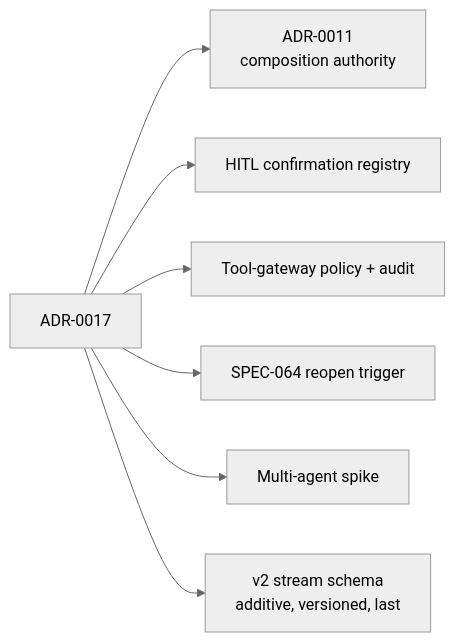
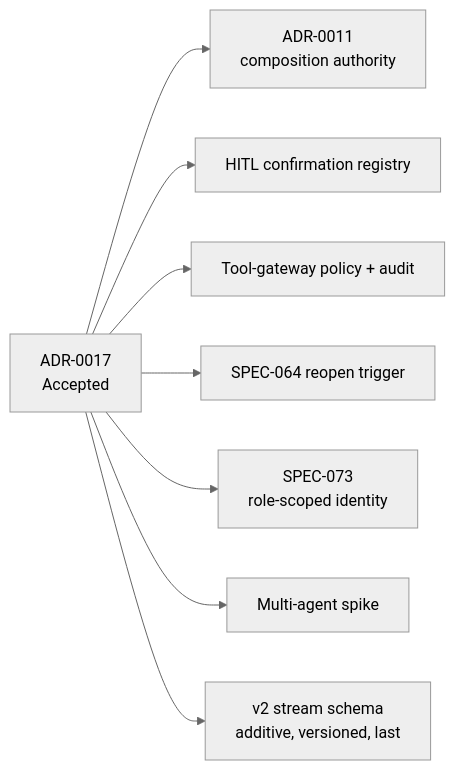
The ninth of 9 diagrams in .qoder/repowiki/en/content/Platform Overview/ADR-0017_ Bounded Read-Only Multi-Agent Orchestration.md (metasync/luban-aiops), drawn with Mermaid (neutral theme) before and after one commit. The commit also changed other lines of this file and 4 other files, not shown here.

````diff
--- a/.qoder/repowiki/en/content/Platform Overview/ADR-0017_ Bounded Read-Only Multi-Agent Orchestration.md
+++ b/.qoder/repowiki/en/content/Platform Overview/ADR-0017_ Bounded Read-Only Multi-Agent Orchestration.md
@@ -291,9 +331,10 @@
 ```mermaid
 graph LR
-ADR["ADR-0017"] --> ADR11["ADR-0011<br/>composition authority"]
+ADR["ADR-0017<br/>Accepted"] --> ADR11["ADR-0011<br/>composition authority"]
 ADR --> HITL["HITL confirmation registry"]
 ADR --> GW["Tool-gateway policy + audit"]
 ADR --> SPEC64["SPEC-064 reopen trigger"]
+ADR --> SPEC073["SPEC-073<br/>role-scoped identity"]
 ADR --> SPIKE["Multi-agent spike"]
 ADR --> CONTRACT["v2 stream schema<br/>additive, versioned, last"]
 ```
````
